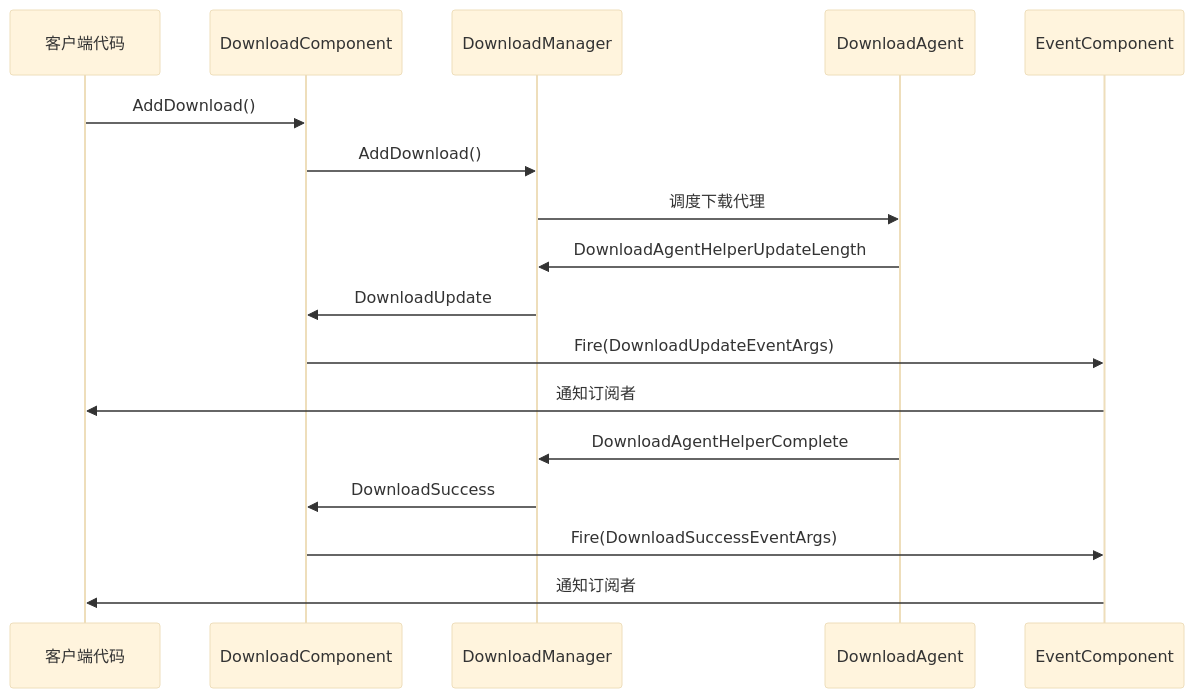
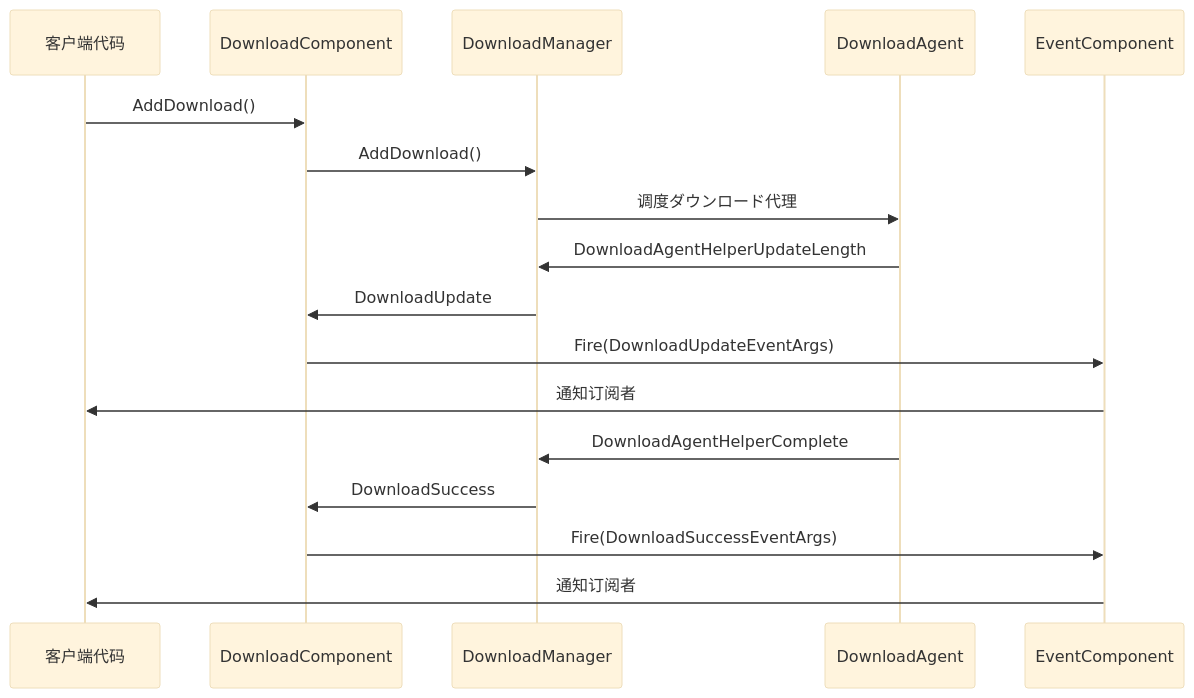
One commit to AlianBlank/GameFrameX.Docs changed the second of 2 diagrams in docs/ja/client/unity/component/download/11.download-events.md. Above: the diagram before and after it, drawn with Mermaid (base theme). The commit also changed other lines of this file and 603 other files, not shown here.

````diff
--- a/docs/ja/client/unity/component/download/11.download-events.md
+++ b/docs/ja/client/unity/component/download/11.download-events.md
@@ -738,21 +738,21 @@
 ```mermaid
 sequenceDiagram
     participant Client as 客户端代码
     participant DC as DownloadComponent
     participant DM as DownloadManager
     participant DA as DownloadAgent
     participant EC as EventComponent
 
     Client->>DC: AddDownload()
     DC->>DM: AddDownload()
-    DM->>DA: 调度下载代理
+    DM->>DA: 调度ダウンロード代理
     DA->>DM: DownloadAgentHelperUpdateLength
     DM->>DC: DownloadUpdate
     DC->>EC: Fire(DownloadUpdateEventArgs)
     EC->>Client: 通知订阅者
     
     DA->>DM: DownloadAgentHelperComplete
     DM->>DC: DownloadSuccess
     DC->>EC: Fire(DownloadSuccessEventArgs)
     EC->>Client: 通知订阅者
 ```
````
